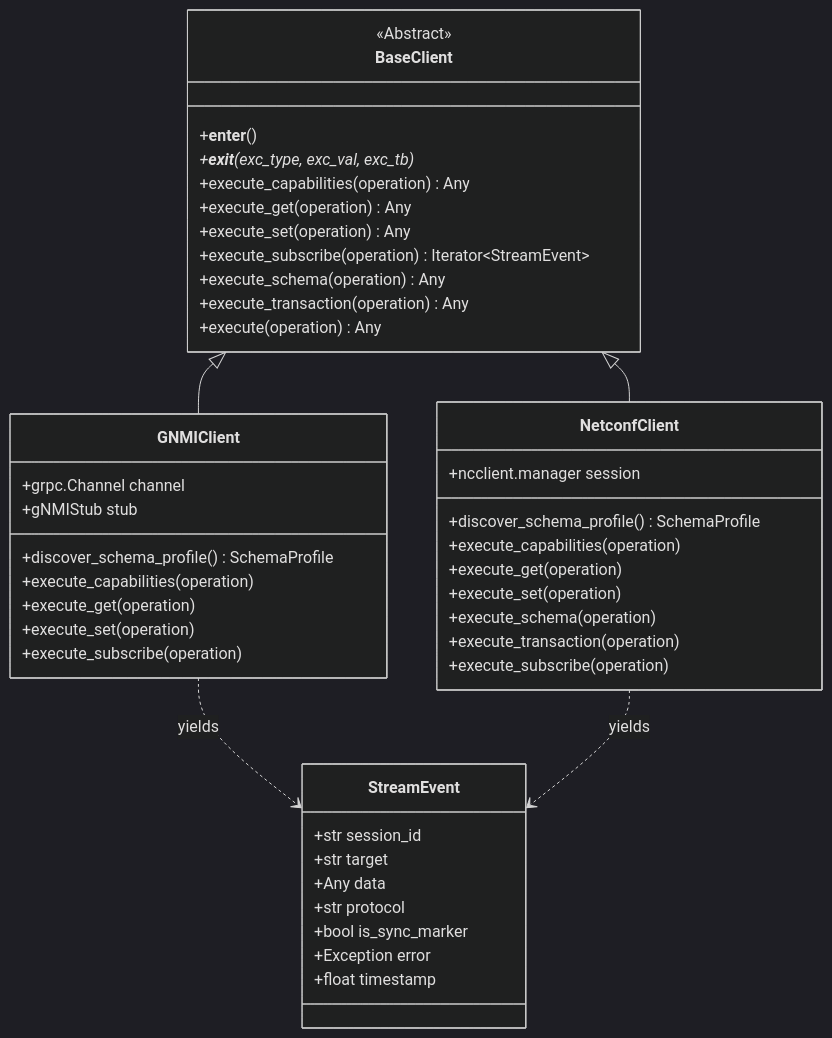
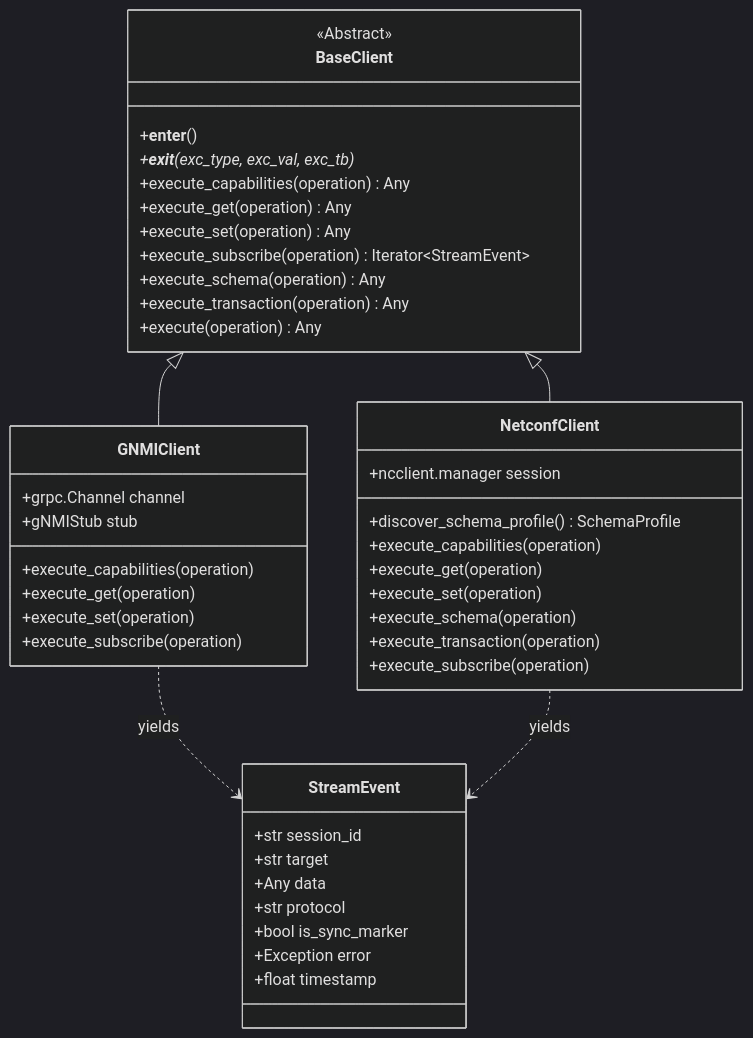
Before and after one commit to yeeyee164/netmgmt-client-py: the diagram in specs/README.md, drawn with Mermaid (dark theme). The commit also changed other lines of this file and 53 other files, not shown here.

````diff
--- a/specs/README.md
+++ b/specs/README.md
@@ -28,51 +28,50 @@
 ```mermaid
 classDiagram
     class BaseClient {
         <<Abstract>>
         +__enter__()
         +__exit__(exc_type, exc_val, exc_tb)*
         +execute_capabilities(operation) Any
         +execute_get(operation) Any
         +execute_set(operation) Any
         +execute_subscribe(operation) Iterator~StreamEvent~
         +execute_schema(operation) Any
         +execute_transaction(operation) Any
         +execute(operation) Any
     }
 
     class GNMIClient {
         +grpc.Channel channel
         +gNMIStub stub
-        +discover_schema_profile() SchemaProfile
         +execute_capabilities(operation)
         +execute_get(operation)
         +execute_set(operation)
         +execute_subscribe(operation)
     }
 
     class NetconfClient {
         +ncclient.manager session
         +discover_schema_profile() SchemaProfile
         +execute_capabilities(operation)
         +execute_get(operation)
         +execute_set(operation)
         +execute_schema(operation)
         +execute_transaction(operation)
         +execute_subscribe(operation)
     }
 
     class StreamEvent {
         +str session_id
         +str target
         +Any data
         +str protocol
         +bool is_sync_marker
         +Exception error
         +float timestamp
     }
 
     BaseClient <|-- GNMIClient
     BaseClient <|-- NetconfClient
     GNMIClient ..> StreamEvent : yields
     NetconfClient ..> StreamEvent : yields
 ```
````
